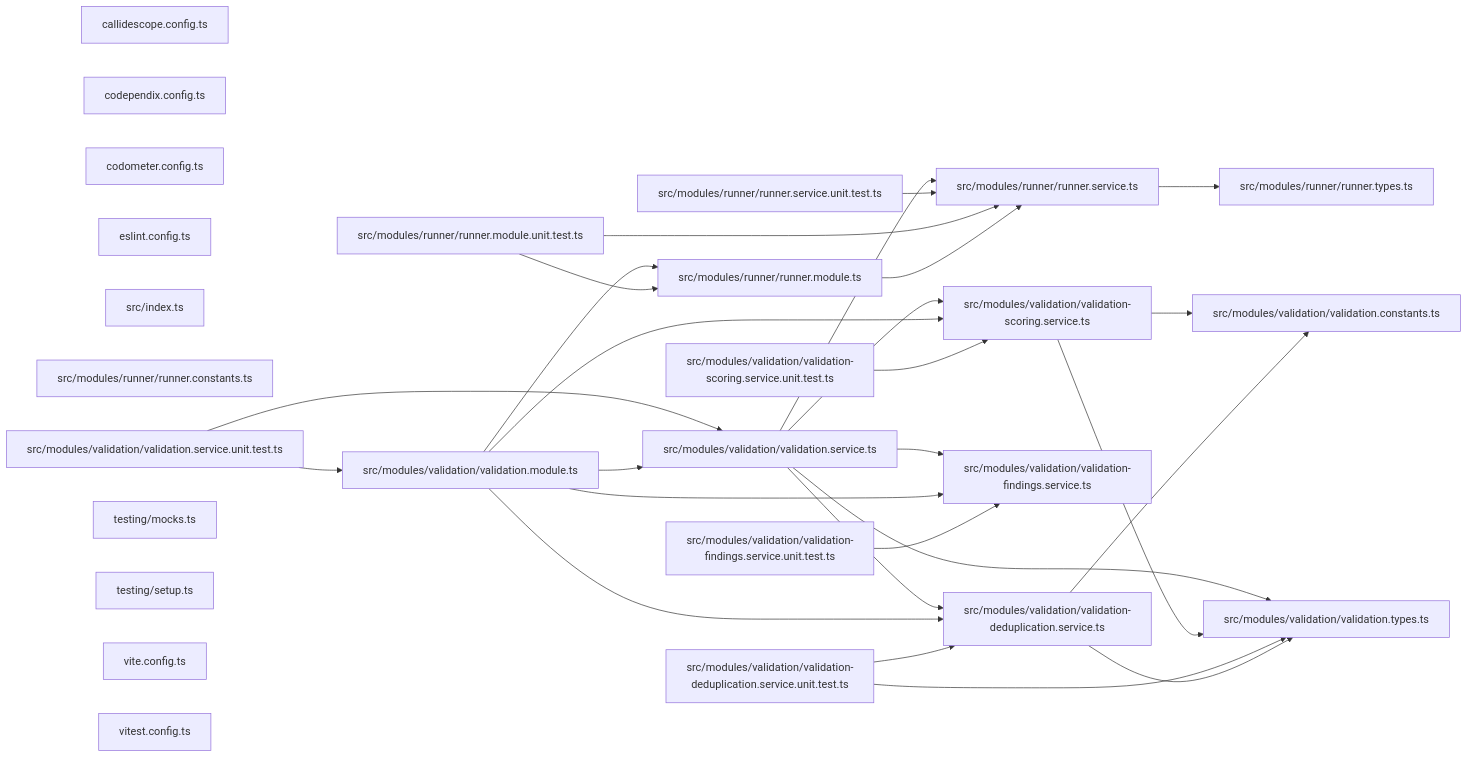
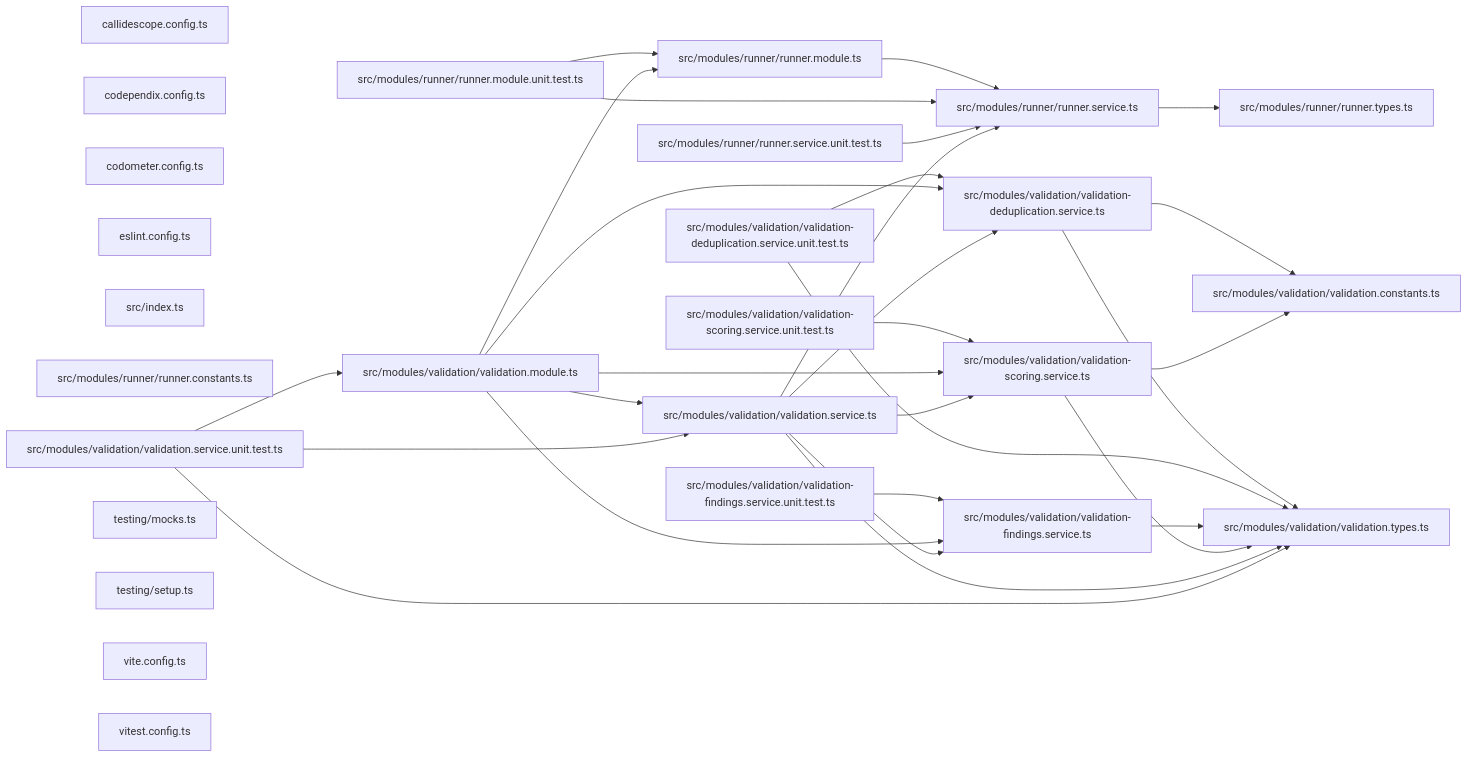
Before and after one commit to Organizzolini/codebase: the third of 3 diagrams in packages/ic-suite/conformetry/conformetry-validation/README.md, drawn with Mermaid. The commit also changed 118 other files, not shown here.

````diff
--- a/packages/ic-suite/conformetry/conformetry-validation/README.md
+++ b/packages/ic-suite/conformetry/conformetry-validation/README.md
@@ -247,54 +247,56 @@
 ```mermaid
 graph LR
   file_callidescope_config_ts["callidescope.config.ts"]
   file_codependix_config_ts["codependix.config.ts"]
   file_codometer_config_ts["codometer.config.ts"]
   file_eslint_config_ts["eslint.config.ts"]
   file_src_index_ts["src/index.ts"]
   file_src_modules_runner_runner_constants_ts["src/modules/runner/runner.constants.ts"]
   file_src_modules_runner_runner_module_ts["src/modules/runner/runner.module.ts"]
   file_src_modules_runner_runner_module_unit_test_ts["src/modules/runner/runner.module.unit.test.ts"]
   file_src_modules_runner_runner_service_ts["src/modules/runner/runner.service.ts"]
   file_src_modules_runner_runner_service_unit_test_ts["src/modules/runner/runner.service.unit.test.ts"]
   file_src_modules_runner_runner_types_ts["src/modules/runner/runner.types.ts"]
   file_src_modules_validation_validation_deduplication_service_ts["src/modules/validation/validation-deduplication.service.ts"]
   file_src_modules_validation_validation_deduplication_service_unit_test_ts["src/modules/validation/validation-deduplication.service.unit.test.ts"]
   file_src_modules_validation_validation_findings_service_ts["src/modules/validation/validation-findings.service.ts"]
   file_src_modules_validation_validation_findings_service_unit_test_ts["src/modules/validation/validation-findings.service.unit.test.ts"]
   file_src_modules_validation_validation_scoring_service_ts["src/modules/validation/validation-scoring.service.ts"]
   file_src_modules_validation_validation_scoring_service_unit_test_ts["src/modules/validation/validation-scoring.service.unit.test.ts"]
   file_src_modules_validation_validation_constants_ts["src/modules/validation/validation.constants.ts"]
   file_src_modules_validation_validation_module_ts["src/modules/validation/validation.module.ts"]
   file_src_modules_validation_validation_service_ts["src/modules/validation/validation.service.ts"]
   file_src_modules_validation_validation_service_unit_test_ts["src/modules/validation/validation.service.unit.test.ts"]
   file_src_modules_validation_validation_types_ts["src/modules/validation/validation.types.ts"]
   file_testing_mocks_ts["testing/mocks.ts"]
   file_testing_setup_ts["testing/setup.ts"]
   file_vite_config_ts["vite.config.ts"]
   file_vitest_config_ts["vitest.config.ts"]
   file_src_modules_runner_runner_module_ts --> file_src_modules_runner_runner_service_ts
   file_src_modules_runner_runner_module_unit_test_ts --> file_src_modules_runner_runner_module_ts
   file_src_modules_runner_runner_module_unit_test_ts --> file_src_modules_runner_runner_service_ts
   file_src_modules_runner_runner_service_ts --> file_src_modules_runner_runner_types_ts
   file_src_modules_runner_runner_service_unit_test_ts --> file_src_modules_runner_runner_service_ts
   file_src_modules_validation_validation_deduplication_service_ts --> file_src_modules_validation_validation_constants_ts
   file_src_modules_validation_validation_deduplication_service_ts --> file_src_modules_validation_validation_types_ts
   file_src_modules_validation_validation_deduplication_service_unit_test_ts --> file_src_modules_validation_validation_deduplication_service_ts
   file_src_modules_validation_validation_deduplication_service_unit_test_ts --> file_src_modules_validation_validation_types_ts
+  file_src_modules_validation_validation_findings_service_ts --> file_src_modules_validation_validation_types_ts
   file_src_modules_validation_validation_findings_service_unit_test_ts --> file_src_modules_validation_validation_findings_service_ts
   file_src_modules_validation_validation_scoring_service_ts --> file_src_modules_validation_validation_constants_ts
   file_src_modules_validation_validation_scoring_service_ts --> file_src_modules_validation_validation_types_ts
   file_src_modules_validation_validation_scoring_service_unit_test_ts --> file_src_modules_validation_validation_scoring_service_ts
   file_src_modules_validation_validation_module_ts --> file_src_modules_runner_runner_module_ts
   file_src_modules_validation_validation_module_ts --> file_src_modules_validation_validation_deduplication_service_ts
   file_src_modules_validation_validation_module_ts --> file_src_modules_validation_validation_findings_service_ts
   file_src_modules_validation_validation_module_ts --> file_src_modules_validation_validation_scoring_service_ts
   file_src_modules_validation_validation_module_ts --> file_src_modules_validation_validation_service_ts
   file_src_modules_validation_validation_service_ts --> file_src_modules_runner_runner_service_ts
   file_src_modules_validation_validation_service_ts --> file_src_modules_validation_validation_deduplication_service_ts
   file_src_modules_validation_validation_service_ts --> file_src_modules_validation_validation_findings_service_ts
   file_src_modules_validation_validation_service_ts --> file_src_modules_validation_validation_scoring_service_ts
   file_src_modules_validation_validation_service_ts --> file_src_modules_validation_validation_types_ts
   file_src_modules_validation_validation_service_unit_test_ts --> file_src_modules_validation_validation_module_ts
   file_src_modules_validation_validation_service_unit_test_ts --> file_src_modules_validation_validation_service_ts
+  file_src_modules_validation_validation_service_unit_test_ts --> file_src_modules_validation_validation_types_ts
 ```
````
